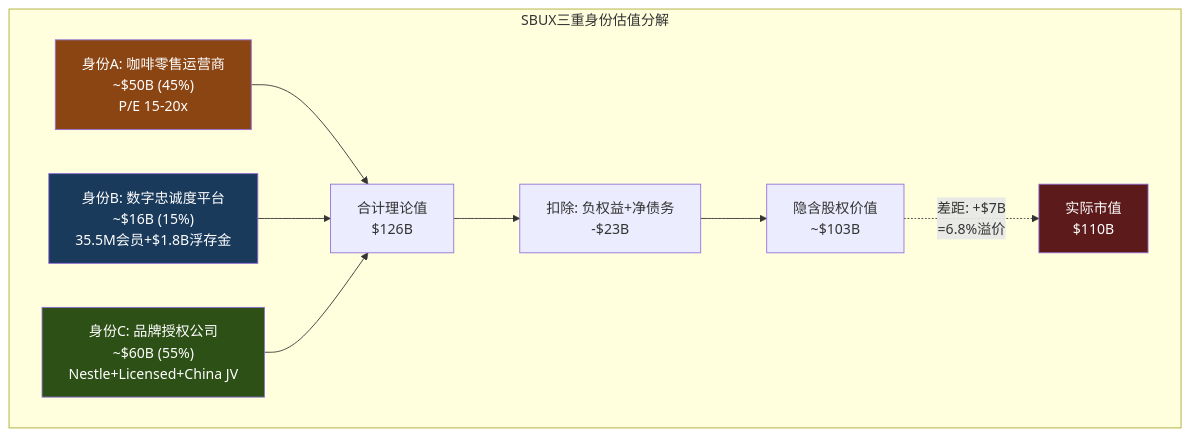
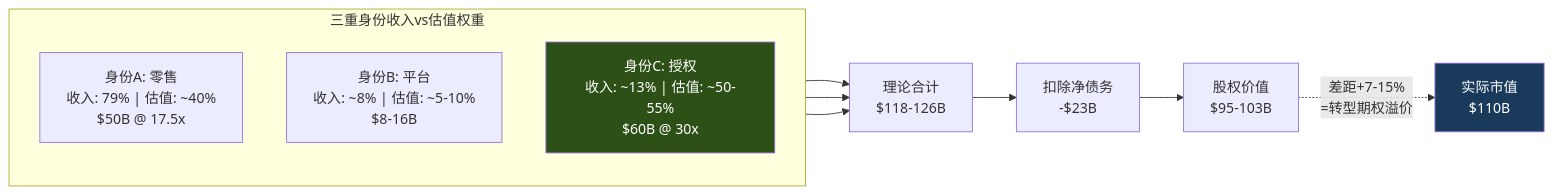
The second of 4 diagrams in reports/SBUX/staging/P1_Ch2_identity.md (miltonnewyork25-afk/investment-master), drawn with Mermaid before and after one commit. The commit also changed other lines of this file and 28 other files, not shown here.

````diff
--- a/reports/SBUX/staging/P1_Ch2_identity.md
+++ b/reports/SBUX/staging/P1_Ch2_identity.md
@@ -58,23 +143,24 @@
 ```mermaid
-graph TD
-    subgraph "SBUX三重身份估值分解"
-        A["身份A: 咖啡零售运营商<br>~$50B (45%)<br>P/E 15-20x"]
-        B["身份B: 数字忠诚度平台<br>~$16B (15%)<br>35.5M会员+$1.8B浮存金"]
-        C["身份C: 品牌授权公司<br>~$60B (55%)<br>Nestle+Licensed+China JV"]
-        D["合计理论值<br>$126B"]
-        E["扣除: 负权益+净债务<br>-$23B"]
-        F["隐含股权价值<br>~$103B"]
-        G["实际市值<br>$110B"]
+graph LR
+    subgraph "三重身份收入vs估值权重"
+        direction TB
+        A["身份A: 零售<br>收入: 79% | 估值: ~40%<br>$50B @ 17.5x"]
+        B["身份B: 平台<br>收入: ~8% | 估值: ~5-10%<br>$8-16B"]
+        C["身份C: 授权<br>收入: ~13% | 估值: ~50-55%<br>$60B @ 30x"]
     end
-    A --> D
-    B --> D
-    C --> D
-    D --> E
-    E --> F
-    F -.->|"差距: +$7B<br>=6.8%溢价"| G
 
-    style A fill:#8B4513,color:#fff
-    style B fill:#1a3a5c,color:#fff
+    SUM["理论合计<br>$118-126B"]
+    NET["扣除净债务<br>-$23B"]
+    EQ["股权价值<br>$95-103B"]
+    MKT["实际市值<br>$110B"]
+
+    A --> SUM
+    B --> SUM
+    C --> SUM
+    SUM --> NET
+    NET --> EQ
+    EQ -.->|"差距+7-15%<br>=转型期权溢价"| MKT
+
     style C fill:#2d5016,color:#fff
-    style G fill:#5c1a1a,color:#fff
+    style MKT fill:#1a3a5c,color:#fff
 ```
````
